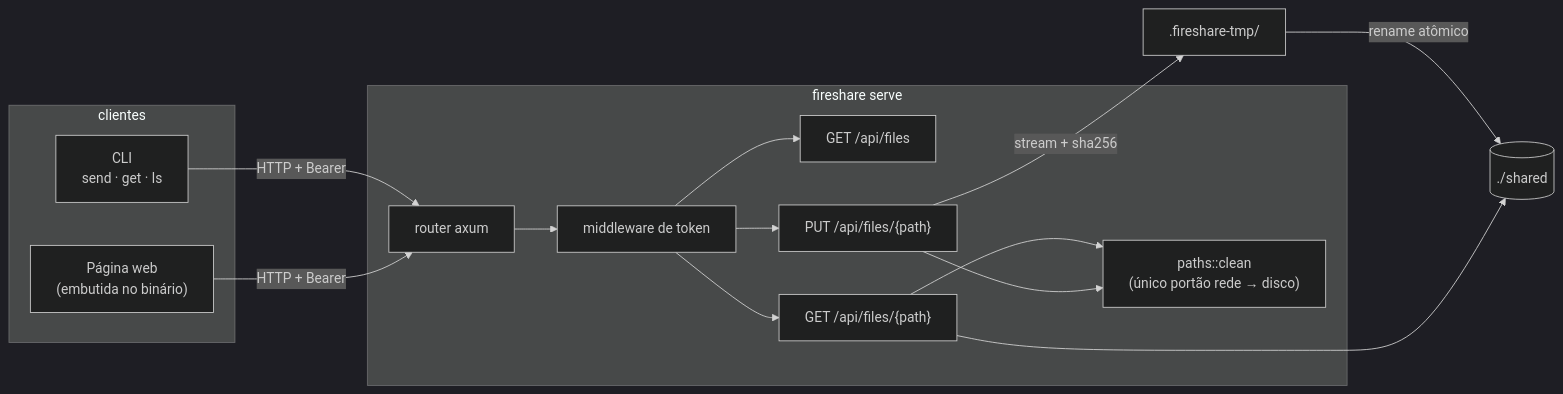
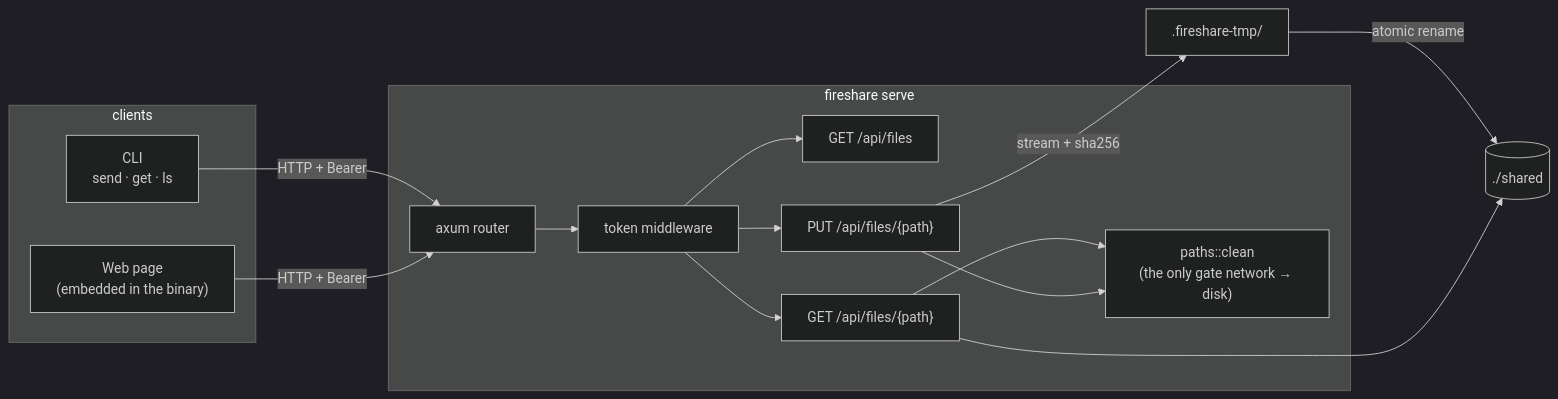
Before and after one commit to Jeffersonmf/fireshare: the diagram in docs/design.md, drawn with Mermaid (dark theme). The commit also changed other lines of this file and 5 other files, not shown here.

First line of the commit message:
Translate everything to English: CLI output, web page, Makefile, smoke script, design doc

````diff
--- a/docs/design.md
+++ b/docs/design.md
@@ -9,21 +9,21 @@
 ```mermaid
 flowchart LR
-    subgraph clientes
+    subgraph clients
         CLI["CLI\nsend · get · ls"]
-        WEB["Página web\n(embutida no binário)"]
+        WEB["Web page\n(embedded in the binary)"]
     end
     CLI -->|HTTP + Bearer| R
     WEB -->|HTTP + Bearer| R
-    subgraph servidor["fireshare serve"]
-        R["router axum"] --> A["middleware de token"]
+    subgraph server["fireshare serve"]
+        R["axum router"] --> A["token middleware"]
         A --> L["GET /api/files"]
         A --> D["GET /api/files/{path}"]
         A --> U["PUT /api/files/{path}"]
-        P["paths::clean\n(único portão rede → disco)"]
+        P["paths::clean\n(the only gate network → disk)"]
         D --> P
         U --> P
     end
     U -->|stream + sha256| T[".fireshare-tmp/"]
-    T -->|rename atômico| S[("./shared")]
+    T -->|atomic rename| S[("./shared")]
     D --> S
 ```
````
